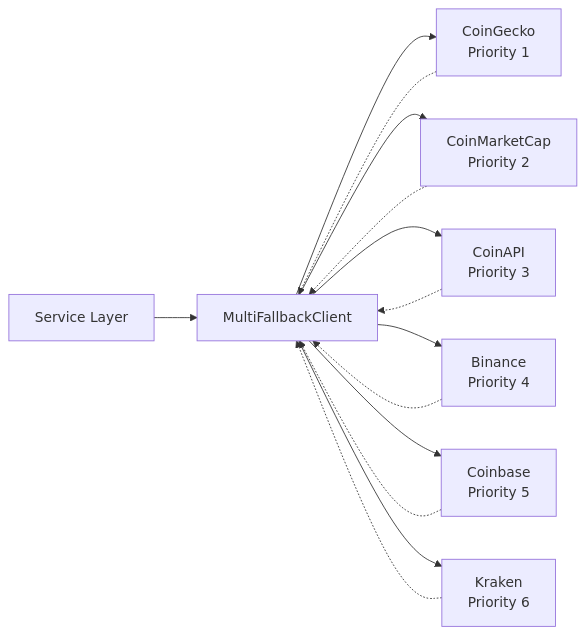
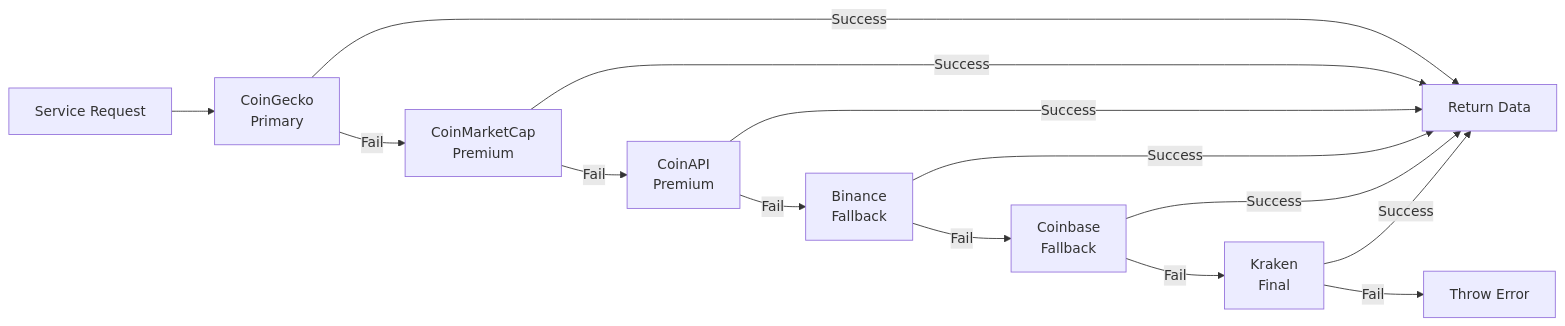
The third of 3 diagrams in docs/architecture.md (Medamine-creator/ChainChirp), drawn with Mermaid before and after one commit. The commit also changed other lines of this file and 15 other files, not shown here.

````diff
--- a/docs/architecture.md
+++ b/docs/architecture.md
@@ -151,17 +131,16 @@
 ```mermaid
 graph LR
-    Service[Service Layer] --> Fallback[MultiFallbackClient]
-    Fallback --> CG[CoinGecko<br/>Priority 1]
-    Fallback --> CMC[CoinMarketCap<br/>Priority 2]
-    Fallback --> CA[CoinAPI<br/>Priority 3]
-    Fallback --> BN[Binance<br/>Priority 4]
-    Fallback --> CB[Coinbase<br/>Priority 5]
-    Fallback --> KR[Kraken<br/>Priority 6]
-    
-    CG -.-> Fallback
-    CMC -.-> Fallback
-    CA -.-> Fallback
-    BN -.-> Fallback
-    CB -.-> Fallback
-    KR -.-> Fallback
+    Request[Service Request] --> Primary[CoinGecko<br/>Primary]
+    Primary --> |Success| Response[Return Data]
+    Primary --> |Fail| CMC[CoinMarketCap<br/>Premium]
+    CMC --> |Success| Response
+    CMC --> |Fail| CoinAPI[CoinAPI<br/>Premium]
+    CoinAPI --> |Success| Response
+    CoinAPI --> |Fail| Binance[Binance<br/>Fallback]
+    Binance --> |Success| Response
+    Binance --> |Fail| Coinbase[Coinbase<br/>Fallback]
+    Coinbase --> |Success| Response
+    Coinbase --> |Fail| Kraken[Kraken<br/>Final]
+    Kraken --> |Success| Response
+    Kraken --> |Fail| Error[Throw Error]
 ```
````
